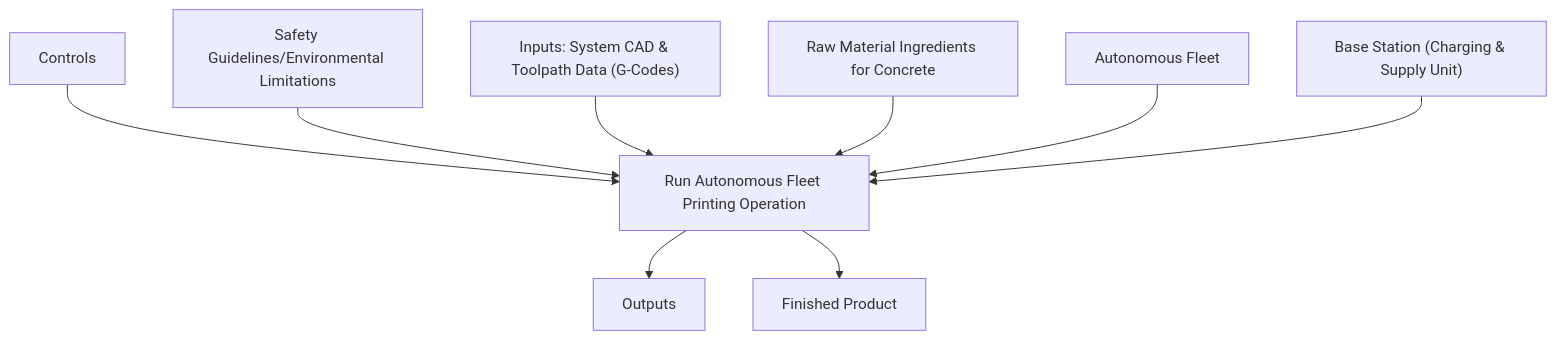
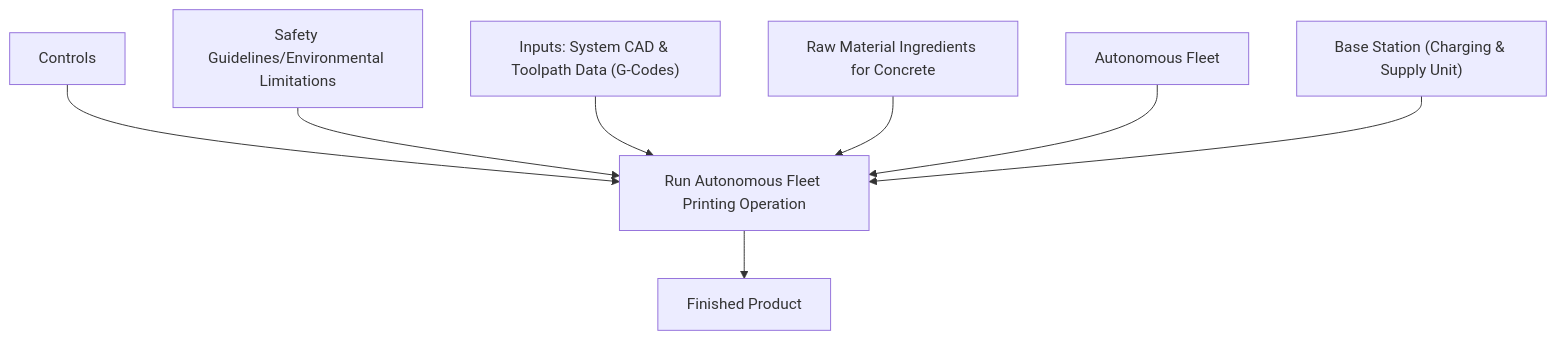
Before and after one commit to jbacenty-creator/MMET-491-IDEF0: the first of 2 diagrams in README.md, drawn with Mermaid.

````diff
--- a/README.md
+++ b/README.md
@@ -5,16 +5,15 @@
 ```mermaid
 flowchart TD
     A0["Run Autonomous Fleet Printing Operation"]
 
     C1["Controls"] --> A0
     C2["Safety Guidelines/Environmental Limitations"] --> A0
 
     I1["Inputs: System CAD & Toolpath Data (G-Codes)"] --> A0
     I2["Raw Material Ingredients for Concrete"] --> A0
 
     M1["Autonomous Fleet"] --> A0
     M2["Base Station (Charging & Supply Unit)"] --> A0
 
-    A0 --> O1["Outputs"]
-    A0 --> O2["Finished Product"]
+    A0 --> O1["Finished Product"]
 ```
````
